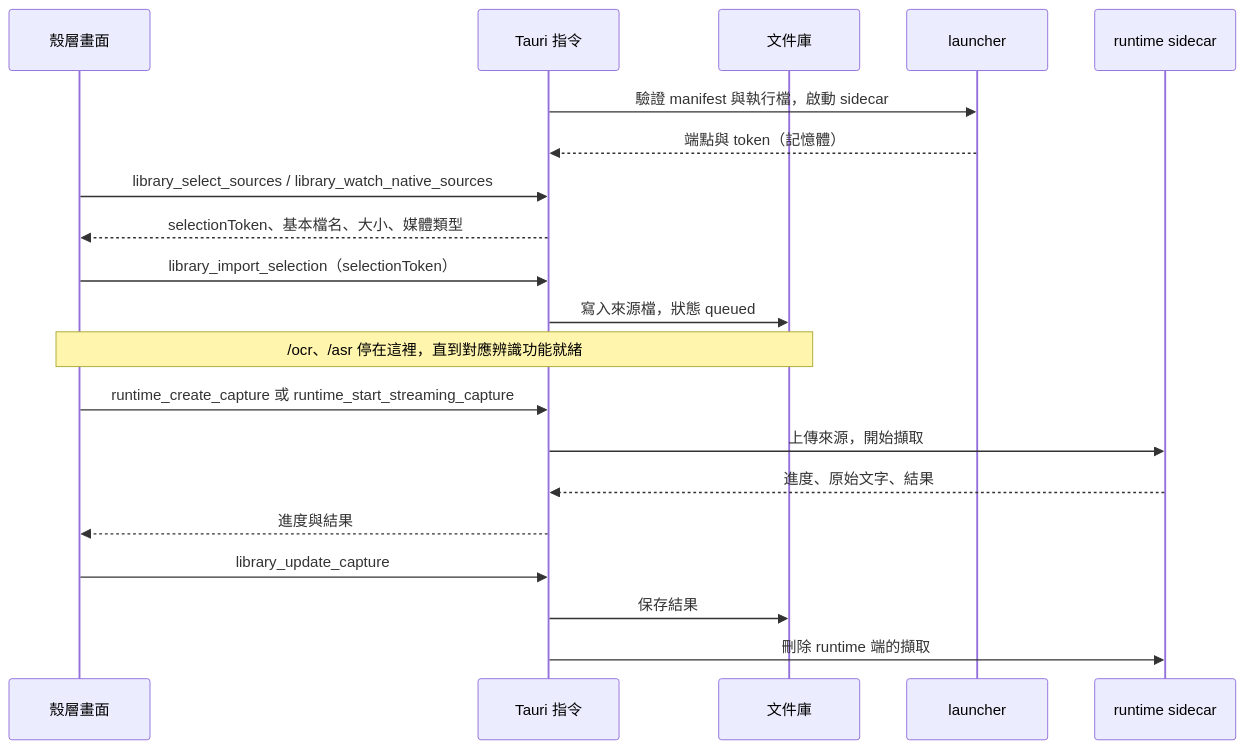
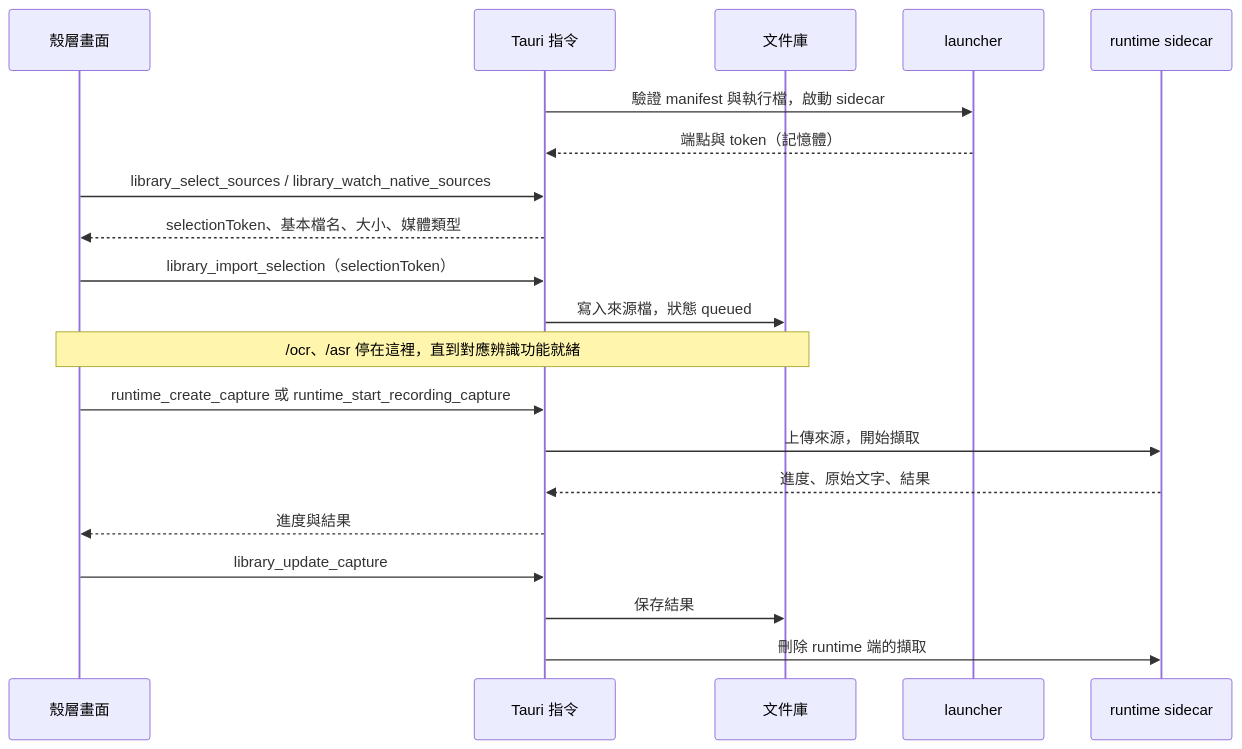
The second of 2 diagrams in docs/domain/host.md (gx-capture/capture-workbench), drawn with Mermaid before and after one commit. The commit also changed 77 other files, not shown here.

````diff
--- a/docs/domain/host.md
+++ b/docs/domain/host.md
@@ -66,22 +66,22 @@
 ```mermaid
 sequenceDiagram
   participant UI as 殼層畫面
   participant Tauri as Tauri 指令
   participant Lib as 文件庫
   participant L as launcher
   participant RT as runtime sidecar
   Tauri->>L: 驗證 manifest 與執行檔，啟動 sidecar
   L-->>Tauri: 端點與 token（記憶體）
   UI->>Tauri: library_select_sources / library_watch_native_sources
   Tauri-->>UI: selectionToken、基本檔名、大小、媒體類型
   UI->>Tauri: library_import_selection（selectionToken）
   Tauri->>Lib: 寫入來源檔，狀態 queued
   Note over UI,Lib: /ocr、/asr 停在這裡，直到對應辨識功能就緒
-  UI->>Tauri: runtime_create_capture 或 runtime_start_streaming_capture
+  UI->>Tauri: runtime_create_capture 或 runtime_start_recording_capture
   Tauri->>RT: 上傳來源，開始擷取
   RT-->>Tauri: 進度、原始文字、結果
   Tauri-->>UI: 進度與結果
   UI->>Tauri: library_update_capture
   Tauri->>Lib: 保存結果
   Tauri->>RT: 刪除 runtime 端的擷取
 ```
````
